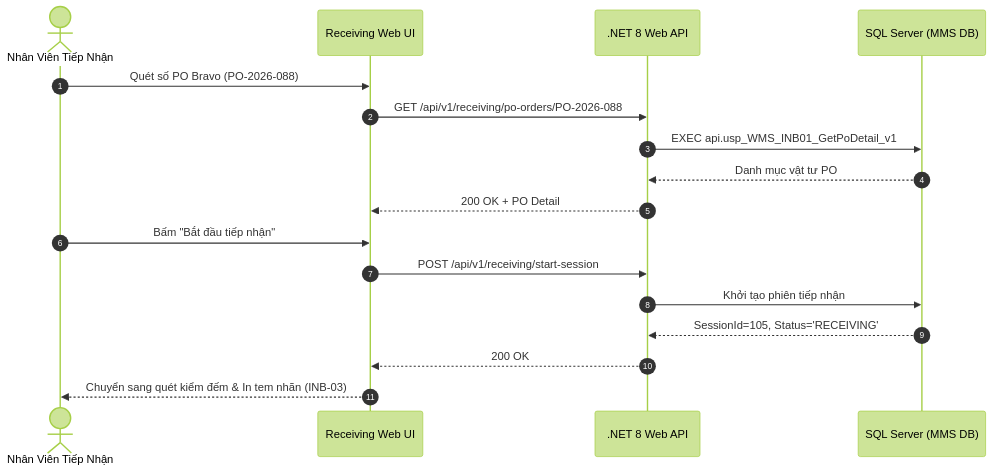
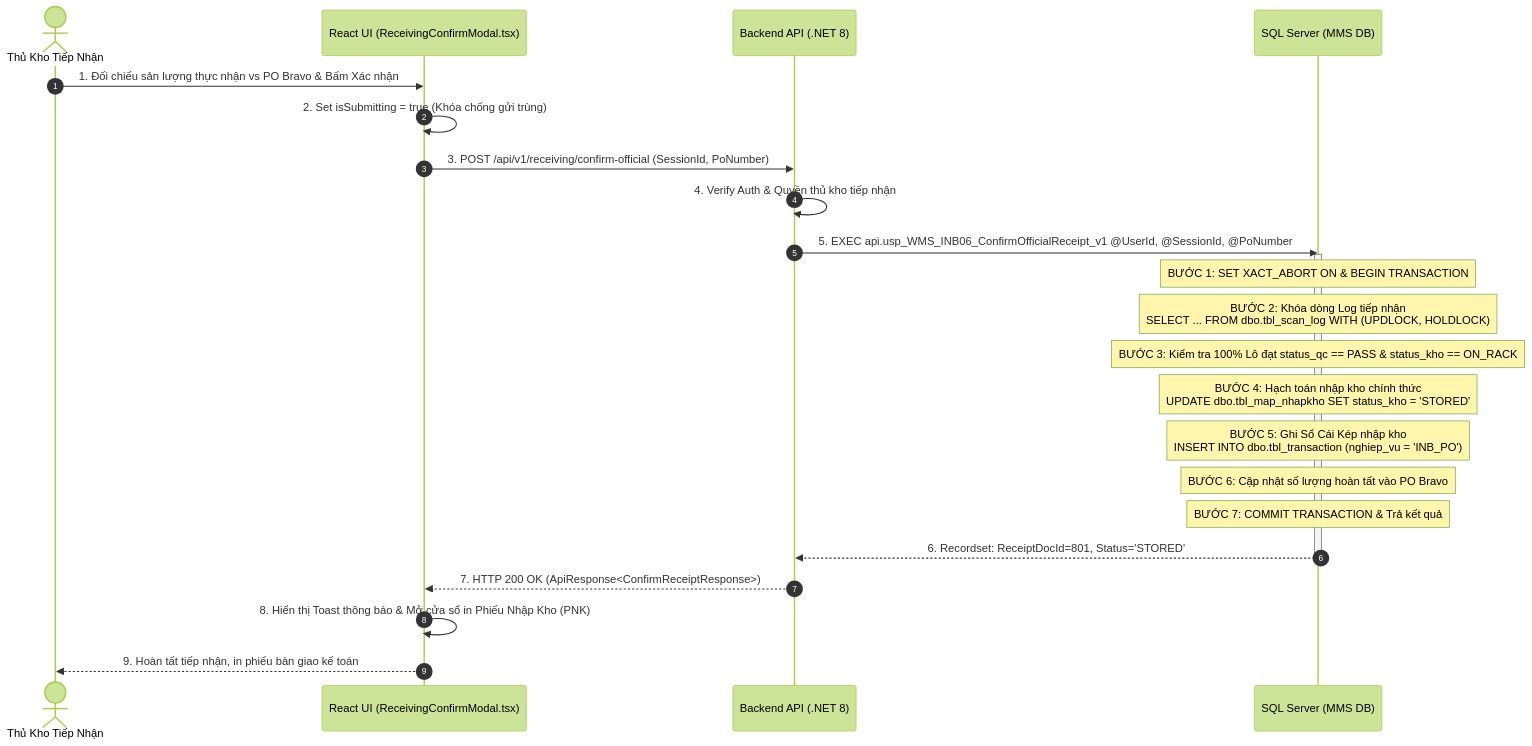
Before and after one commit to Sohoa-KNSG/mms: the third of 4 diagrams in docs/03-use-cases/UC-03_INB-01.md, drawn with Mermaid (forest theme). The commit also changed other lines of this file and 18 other files, not shown here.

Commit message:
docs: add internal Stored Procedure execution order and transaction logic steps to Sequence Diagrams across all use cases

````diff
--- a/docs/03-use-cases/UC-03_INB-01.md
+++ b/docs/03-use-cases/UC-03_INB-01.md
@@ -133,20 +133,30 @@
 ```mermaid
 sequenceDiagram
     autonumber
-    actor Staff as Nhân Viên Tiếp Nhận
-    participant UI as Receiving Web UI
-    participant API as .NET 8 Web API
+    actor User as Thủ Kho Tiếp Nhận
+    participant UI as React UI (ReceivingConfirmModal.tsx)
+    participant API as Backend API (.NET 8)
     participant DB as SQL Server (MMS DB)
 
-    Staff->>UI: Quét số PO Bravo (PO-2026-088)
-    UI->>API: GET /api/v1/receiving/po-orders/PO-2026-088
-    API->>DB: EXEC api.usp_WMS_INB01_GetPoDetail_v1
-    DB-->>API: Danh mục vật tư PO
-    API-->>UI: 200 OK + PO Detail
-    Staff->>UI: Bấm "Bắt đầu tiếp nhận"
-    UI->>API: POST /api/v1/receiving/start-session
-    API->>DB: Khởi tạo phiên tiếp nhận
-    DB-->>API: SessionId=105, Status='RECEIVING'
-    API-->>UI: 200 OK
-    UI-->>Staff: Chuyển sang quét kiểm đếm & In tem nhãn (INB-03)
+    User->>UI: 1. Đối chiếu sản lượng thực nhận vs PO Bravo & Bấm Xác nhận
+    UI->>UI: 2. Set isSubmitting = true (Khóa chống gửi trùng)
+    UI->>API: 3. POST /api/v1/receiving/confirm-official (SessionId, PoNumber)
+    
+    API->>API: 4. Verify Auth & Quyền thủ kho tiếp nhận
+    API->>DB: 5. EXEC api.usp_WMS_INB06_ConfirmOfficialReceipt_v1 @UserId, @SessionId, @PoNumber
+    
+    activate DB
+    Note over DB: BƯỚC 1: SET XACT_ABORT ON & BEGIN TRANSACTION
+    Note over DB: BƯỚC 2: Khóa dòng Log tiếp nhận<br/>SELECT ... FROM dbo.tbl_scan_log WITH (UPDLOCK, HOLDLOCK)
+    Note over DB: BƯỚC 3: Kiểm tra 100% Lô đạt status_qc == PASS & status_kho == ON_RACK
+    Note over DB: BƯỚC 4: Hạch toán nhập kho chính thức<br/>UPDATE dbo.tbl_map_nhapkho SET status_kho = 'STORED'
+    Note over DB: BƯỚC 5: Ghi Sổ Cái Kép nhập kho<br/>INSERT INTO dbo.tbl_transaction (nghiep_vu = 'INB_PO')
+    Note over DB: BƯỚC 6: Cập nhật số lượng hoàn tất vào PO Bravo
+    Note over DB: BƯỚC 7: COMMIT TRANSACTION & Trả kết quả
+    DB-->>API: 6. Recordset: ReceiptDocId=801, Status='STORED'
+    deactivate DB
+
+    API-->>UI: 7. HTTP 200 OK (ApiResponse<ConfirmReceiptResponse>)
+    UI->>UI: 8. Hiển thị Toast thông báo & Mở cửa sổ in Phiếu Nhập Kho (PNK)
+    UI-->>User: 9. Hoàn tất tiếp nhận, in phiếu bàn giao kế toán
 ```
````
